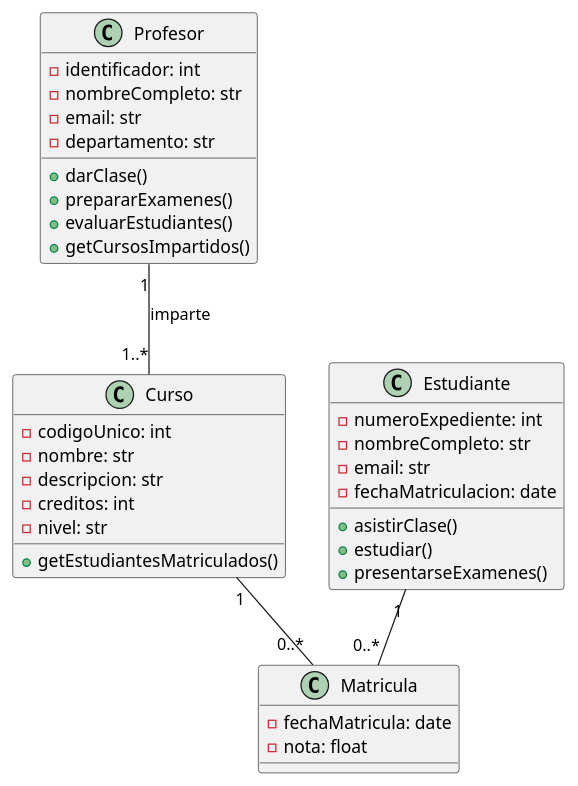
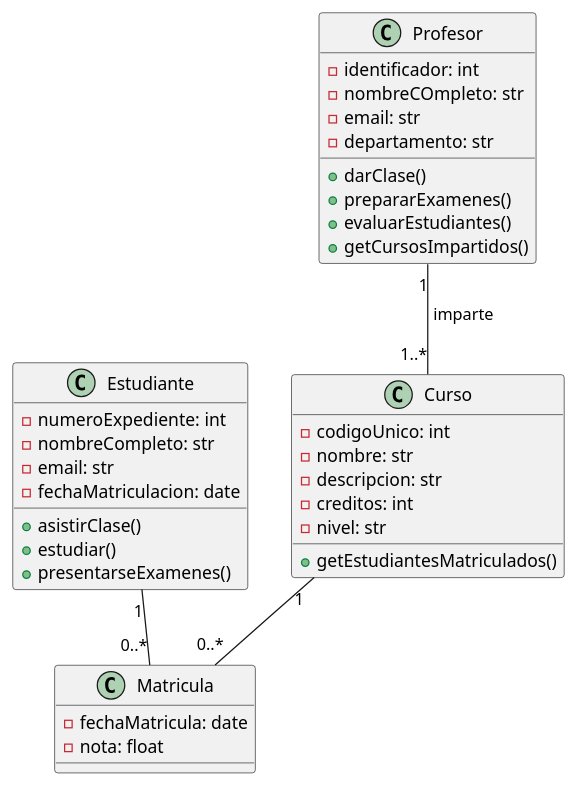
Before and after one commit to IES-Rafael-Alberti/2526-u3-3-1-diagramaclases-aaron050223: the diagram in src/Ej2_DiagramaClases_CursosUniversitarios_sol.md, drawn with PlantUML.

Commit message:
Edito el Ejercicio 2

````diff
--- a/src/Ej2_DiagramaClases_CursosUniversitarios_sol.md
+++ b/src/Ej2_DiagramaClases_CursosUniversitarios_sol.md
@@ -66,50 +66,50 @@
 ```plantuml
 @startuml ejercicio2
+class Curso {
+    'ATRIBUTOS'
+    - codigoUnico: int
+    - nombre: str
+    - descripcion: str
+    - creditos: int
+    - nivel: str
+    'MÉTODOS'
+    + getEstudiantesMatriculados()
+}
+
 class Profesor {
-    'ATRIBUTOS'
+  'ATRIBUTOS'
     - identificador: int
-    - nombreCompleto: str
+    - nombreCOmpleto: str
     - email: str
     - departamento: str
     'MÉTODOS'
     + darClase()
     + prepararExamenes()
     + evaluarEstudiantes()
     + getCursosImpartidos()
 }
 
 class Estudiante {
     'ATRIBUTOS'
     - numeroExpediente: int
     - nombreCompleto: str
     - email: str
     - fechaMatriculacion: date
     'MÉTODOS'
     + asistirClase()
     + estudiar()
     + presentarseExamenes()
 }
 
-class Curso {
-    'ATRIBUTOS'
-    - codigoUnico: int
-    - nombre: str
-    - descripcion: str
-    - creditos: int
-    - nivel: str
-    'MÉTODOS'
-    + getEstudiantesMatriculados()
-}
-
 class Matricula {
     'ATRIBUTOS'
     - fechaMatricula: date
     - nota: float
 }
 
-' RELACIONES'
-Profesor "1" -- "1..*" Curso : imparte
+'RELACIONES'
+Profesor "1" -- "1..*" Curso : " imparte"
 Estudiante "1" -- "0..*" Matricula
 Curso "1" -- "0..*" Matricula
 @enduml
 ```
````
